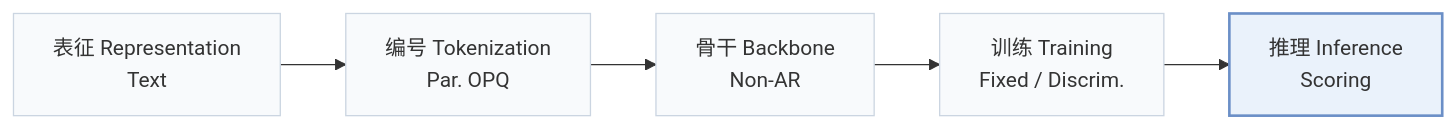
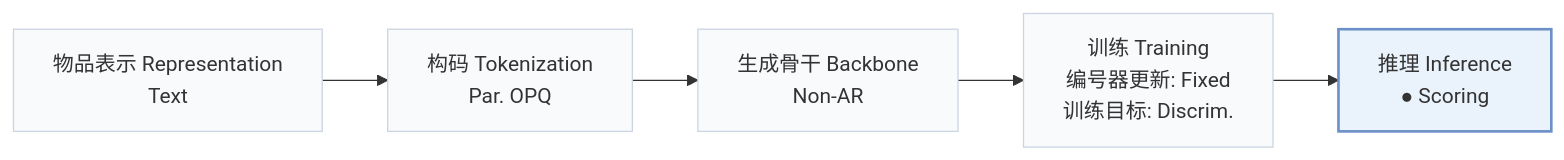
Before and after one commit to Galaxy-ghost/Awesome-SID-Generative-Rec: the first of 2 diagrams in pages/zh/papers/cite.md, drawn with Mermaid. The commit also changed other lines of this file and 558 other files, not shown here.

````diff
--- a/pages/zh/papers/cite.md
+++ b/pages/zh/papers/cite.md
@@ -15,8 +19,8 @@
 ```mermaid
 flowchart LR
-    R["表征 Representation<br/>Text"] --> T["编号 Tokenization<br/>Par. OPQ"] --> B["骨干 Backbone<br/>Non-AR"] --> TR["训练 Training<br/>Fixed / Discrim."] --> I["推理 Inference<br/>Scoring"]
+    R["物品表示 Representation<br/>Text"] --> T["构码 Tokenization<br/>Par. OPQ"] --> B["生成骨干 Backbone<br/>Non-AR"] --> TR["训练 Training<br/>编号器更新: Fixed<br/>训练目标: Discrim."] --> I["推理 Inference<br/>● Scoring"]
     classDef base fill:#f8fafc,stroke:#cbd5e1
     class R,T,B,TR,I base
     classDef main fill:#eaf2fb,stroke:#6b8fc7,stroke-width:2px
     class I main
 ```
````
